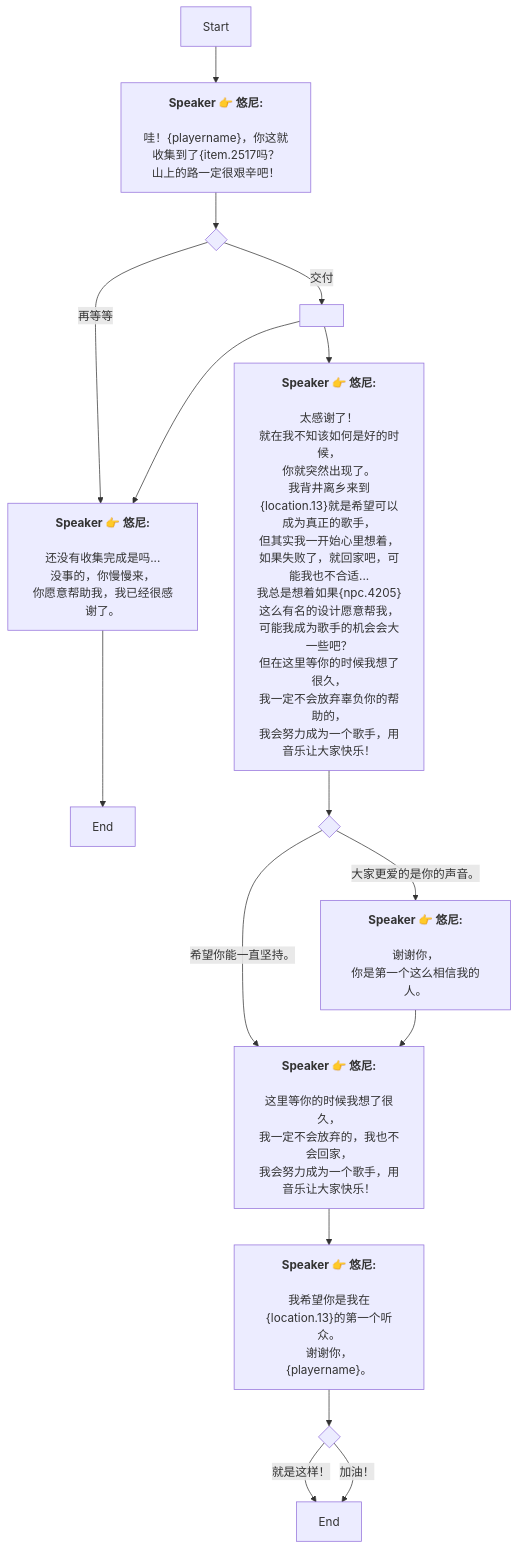
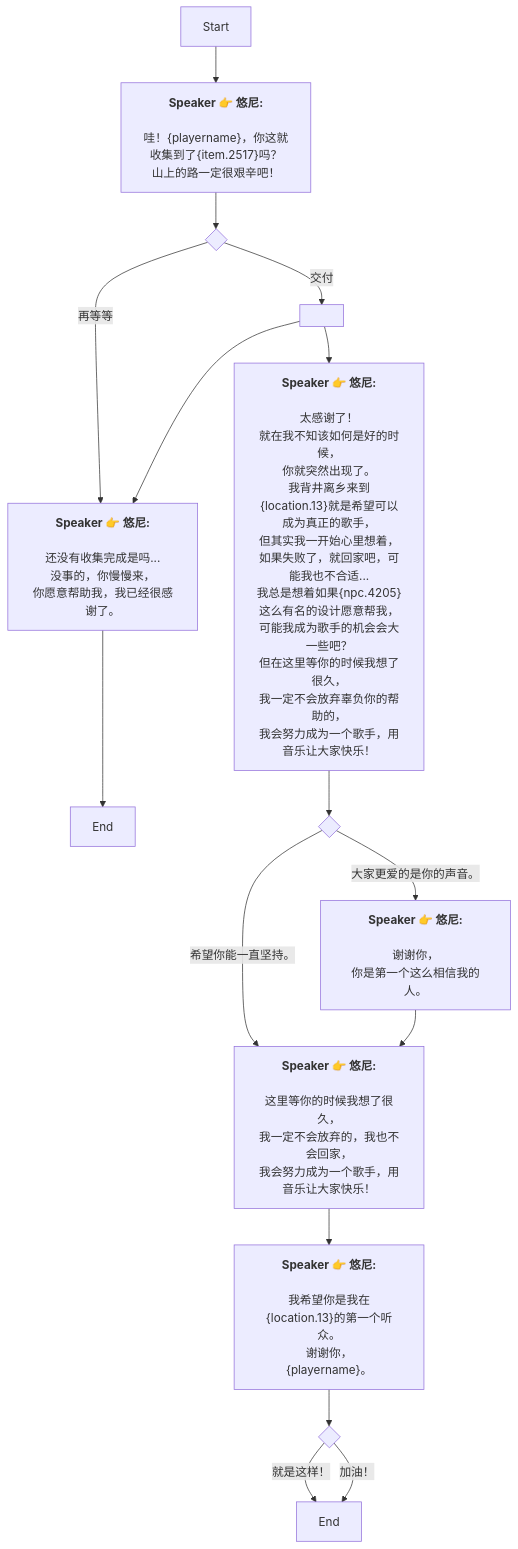
Before and after one commit to SoftHu/tos_avg: the diagram in Zh/QuestTalkObjectiveNode_1738288709847269.md, drawn with Mermaid. The commit also changed 297 other files, not shown here.

````diff
--- a/Zh/QuestTalkObjectiveNode_1738288709847269.md
+++ b/Zh/QuestTalkObjectiveNode_1738288709847269.md
@@ -1,57 +1,57 @@
 ```mermaid
 graph
 Start -->1738289650856011[<b>Speaker 👉 悠尼:</b>
 
-哇！&lbrace;playername&rbrace;，你这就收集到了&lbrace;item.2517吗？
+哇！&lbrace;playername&rbrace;，你这就收集到了&lbrace;item.2517&rbrace;吗？
 山上的路一定很艰辛吧！]
 1738289650856011 -->1738289727664204{ }
 1738289727664204 -->|再等等|1738289799830612[<b>Speaker 👉 悠尼:</b>
 
 还没有收集完成是吗...
 没事的，你慢慢来，
 你愿意帮助我，我已经很感谢了。]
 1738289727664204 -->|交付|1738289895128150[ ]
 1738289799830612 -->1742092930830630[End]
 1738289895128150 -->1738289799830612[<b>Speaker 👉 悠尼:</b>
 
 还没有收集完成是吗...
 没事的，你慢慢来，
 你愿意帮助我，我已经很感谢了。]
 1738289895128150 -->1738289927962711[<b>Speaker 👉 悠尼:</b>
 
 太感谢了！
 就在我不知该如何是好的时候，
 你就突然出现了。
 我背井离乡来到&lbrace;location.13&rbrace;就是希望可以成为真正的歌手，
 但其实我一开始心里想着，
 如果失败了，就回家吧，可能我也不合适...
 我总是想着如果&lbrace;npc.4205&rbrace;这么有名的设计愿意帮我，
 可能我成为歌手的机会会大一些吧？
 但在这里等你的时候我想了很久，
 我一定不会放弃辜负你的帮助的，
 我会努力成为一个歌手，用音乐让大家快乐！]
 1738289927962711 -->1738290568451160{ }
 1738290568451160 -->|希望你能一直坚持。|1738290662682717[<b>Speaker 👉 悠尼:</b>
 
 这里等你的时候我想了很久，
 我一定不会放弃的，我也不会回家，
 我会努力成为一个歌手，用音乐让大家快乐！]
 1738290568451160 -->|大家更爱的是你的声音。|1738290723810398[<b>Speaker 👉 悠尼:</b>
 
 谢谢你，
 你是第一个这么相信我的人。]
 1738290662682717 -->1738290829012063[<b>Speaker 👉 悠尼:</b>
 
 我希望你是我在&lbrace;location.13&rbrace;的第一个听众。
 谢谢你，
 &lbrace;playername&rbrace;。]
 1738290829012063 -->1738290981140576{ }
 1738290981140576 -->|就是这样！|1738290998103141[End]
 1738290981140576 -->|加油！|1738290998103141[End]
 1738290723810398 -->1738290662682717[<b>Speaker 👉 悠尼:</b>
 
 这里等你的时候我想了很久，
 我一定不会放弃的，我也不会回家，
 我会努力成为一个歌手，用音乐让大家快乐！]
 
  ```
````
